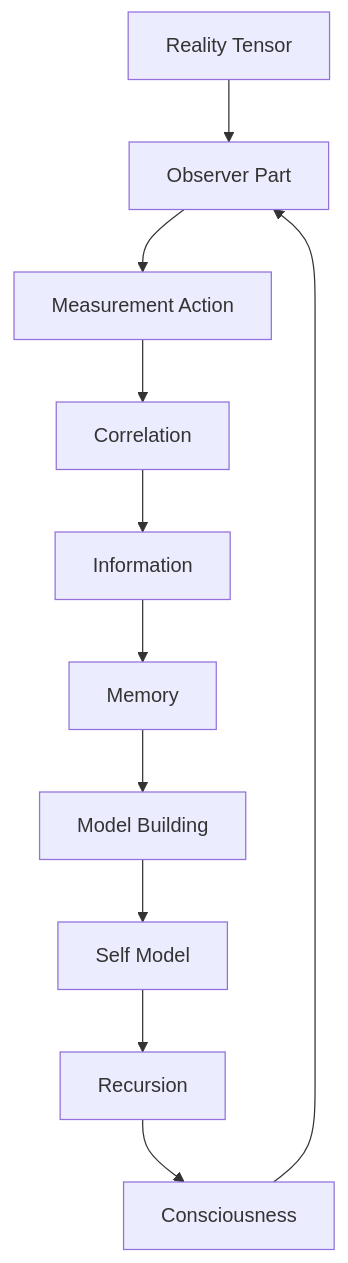
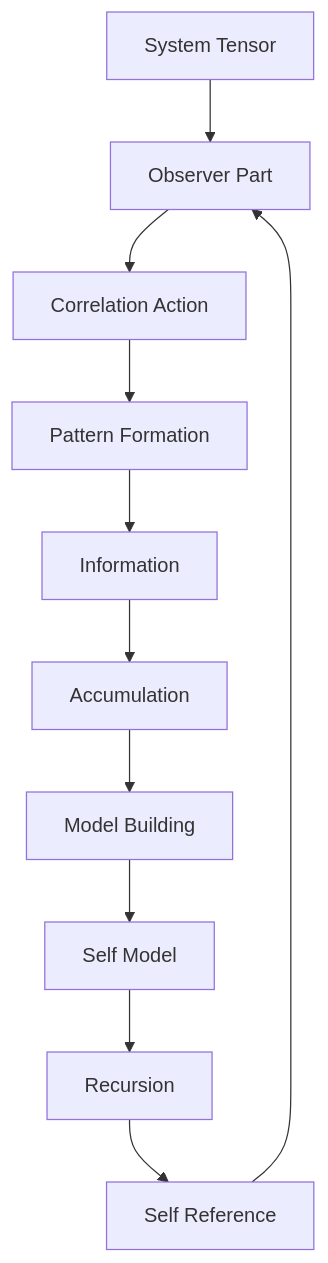
One commit to loning/the-phys changed the second of 2 diagrams in docs/psi-structum/book-1-collapse-ontology/part-03-tensor-algebra/chapter-047-observer-tensor-internal-measurement.md. Above: the diagram before and after it, drawn with Mermaid. The commit also changed other lines of this file and 33 other files, not shown here.

````diff
--- a/docs/psi-structum/book-1-collapse-ontology/part-03-tensor-algebra/chapter-047-observer-tensor-internal-measurement.md
+++ b/docs/psi-structum/book-1-collapse-ontology/part-03-tensor-algebra/chapter-047-observer-tensor-internal-measurement.md
@@ -191,13 +213,13 @@
 ```mermaid
 graph TD
-    A[Reality Tensor] --> B[Observer Part]
-    B --> C[Measurement Action]
-    C --> D[Correlation]
+    A[System Tensor] --> B[Observer Part]
+    B --> C[Correlation Action]
+    C --> D[Pattern Formation]
     D --> E[Information]
-    E --> F[Memory]
+    E --> F[Accumulation]
     F --> G[Model Building]
     G --> H[Self Model]
     H --> I[Recursion]
-    I --> J[Consciousness]
+    I --> J[Self Reference]
     J --> B
 ```
````
